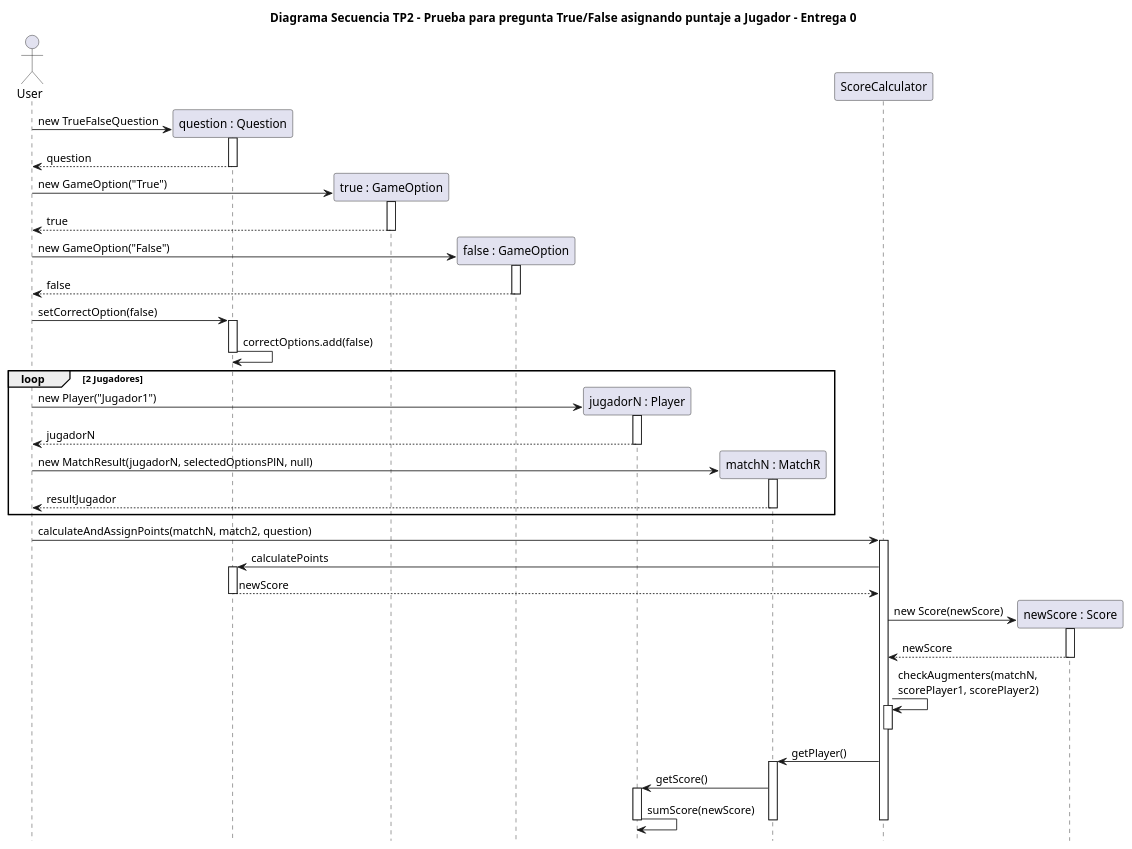
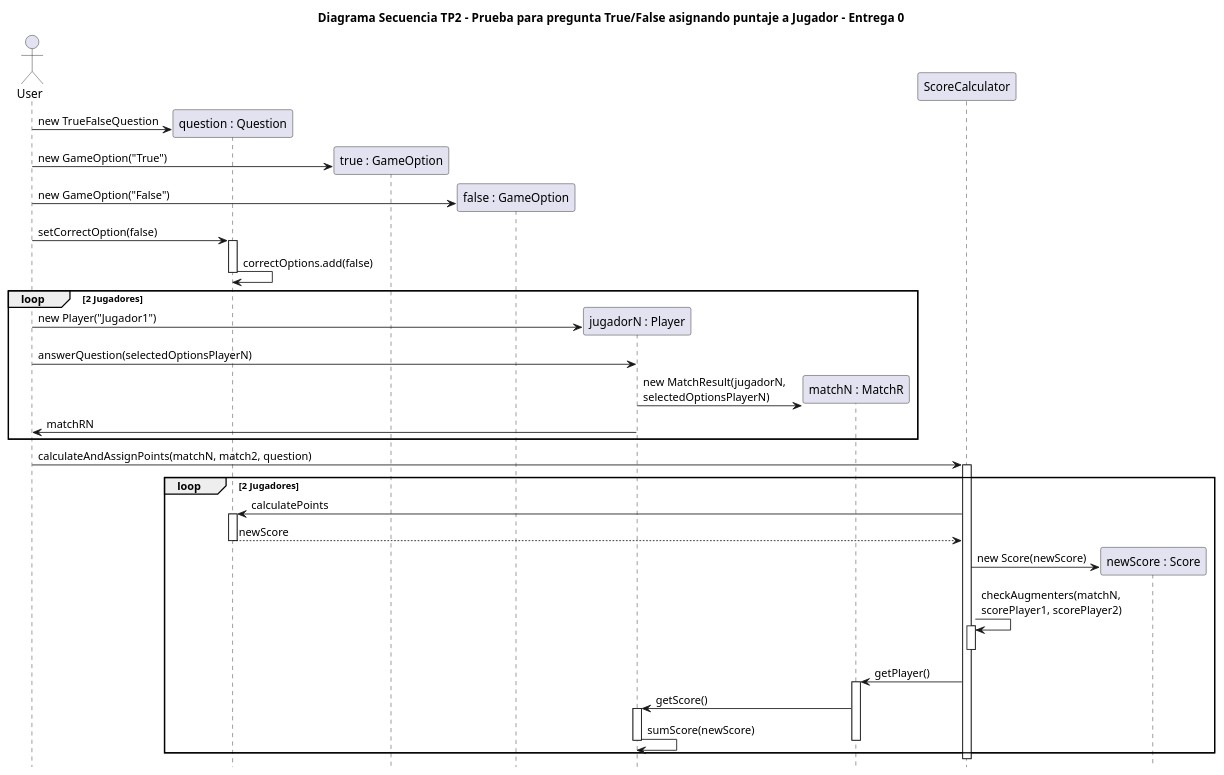
The diagram in docs/DiagramaSecuencia-PreguntaT-F.plantuml (diegosanchez/TP2-Kahoot), drawn with PlantUML before and after one commit. The commit also changed other lines of this file and 4 other files, not shown here.

First line of the commit message:
Actualización Diagrama de Clases

```diff
--- a/docs/DiagramaSecuencia-PreguntaT-F.plantuml
+++ b/docs/DiagramaSecuencia-PreguntaT-F.plantuml
@@ -2,78 +2,62 @@
 @startuml
 
 actor User
 title Diagrama Secuencia TP2 - Prueba para pregunta True/False asignando puntaje a Jugador - Entrega 0
 hide footbox
-
 
 participant "question : Question" as question
 
 participant "true : GameOption" as true
 participant "false : GameOption" as false
 
 participant "jugadorN : Player" as jugadorN
 
 User -> question ** : new TrueFalseQuestion
-activate question
-question --> User : question
-deactivate question
-
 
 User -> true ** : new GameOption("True")
-activate true 
-true --> User : true
-deactivate true 
-
 User -> false ** : new GameOption("False")
-activate false
-false --> User : false
-deactivate false 
 
 User -> question : setCorrectOption(false)
 activate question
 question -> question : correctOptions.add(false)
 deactivate question
 
 loop 2 Jugadores
 User -> jugadorN ** : new Player("Jugador1")
-activate jugadorN
-jugadorN --> User : jugadorN
-deactivate jugadorN
 
 participant "matchN : MatchR" as matchN
 
-User -> matchN **: new MatchResult(jugadorN, selectedOptionsPlN, null)
-activate matchN
-matchN --> User : resultJugador
-deactivate matchN 
+User -> jugadorN : answerQuestion(selectedOptionsPlayerN)
+jugadorN -> matchN **: new MatchResult(jugadorN, \nselectedOptionsPlayerN)
+jugadorN -> User : matchRN
+
 end loop
 
 User -> ScoreCalculator : calculateAndAssignPoints(matchN, match2, question)
 activate ScoreCalculator
 
+loop 2 Jugadores
 participant "newScore : Score" as puntaje
 ScoreCalculator -> question : calculatePoints
 activate question
 question --> ScoreCalculator : newScore
 deactivate question
 
 ScoreCalculator -> puntaje **: new Score(newScore)
-activate puntaje
-puntaje --> ScoreCalculator : newScore
-deactivate puntaje
 
 ScoreCalculator -> ScoreCalculator : checkAugmenters(matchN, \nscorePlayer1, scorePlayer2)
 activate ScoreCalculator
 deactivate ScoreCalculator
 
 ScoreCalculator -> matchN : getPlayer()
 activate matchN
 matchN -> jugadorN : getScore()
 activate jugadorN
 jugadorN -> jugadorN : sumScore(newScore)
 deactivate jugadorN
 deactivate matchN
+end loop
 
 deactivate ScoreCalculator
 
 @enduml
```
